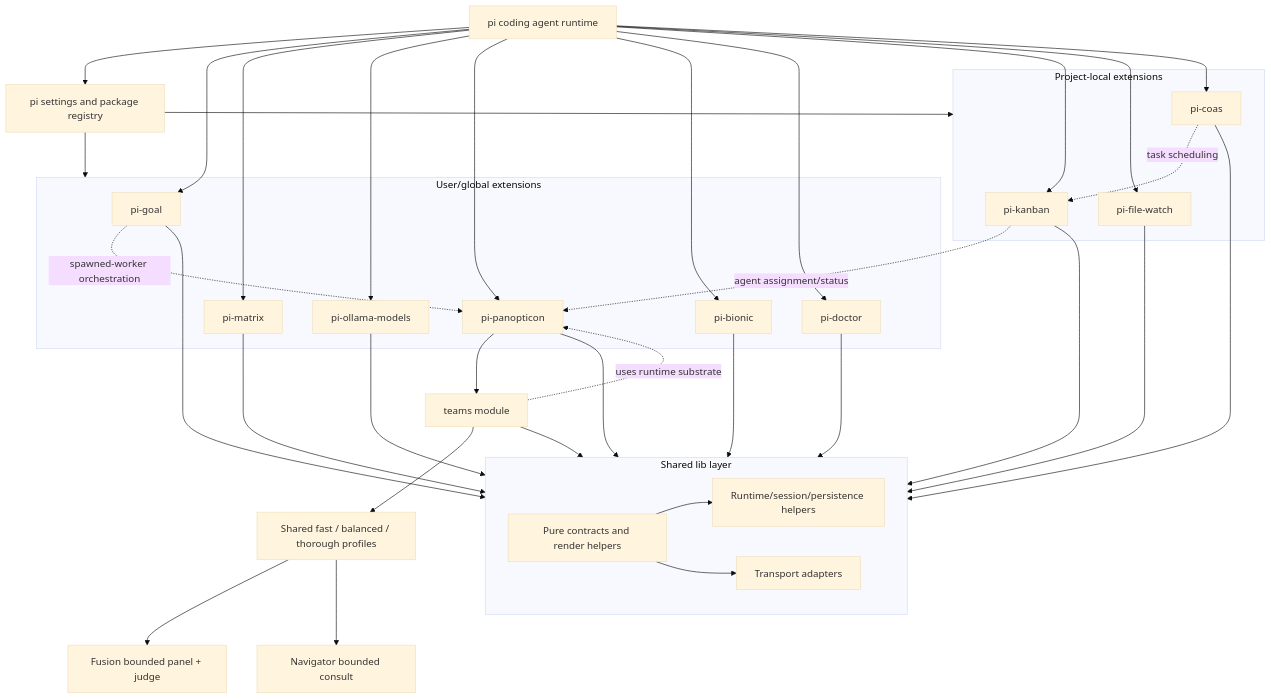
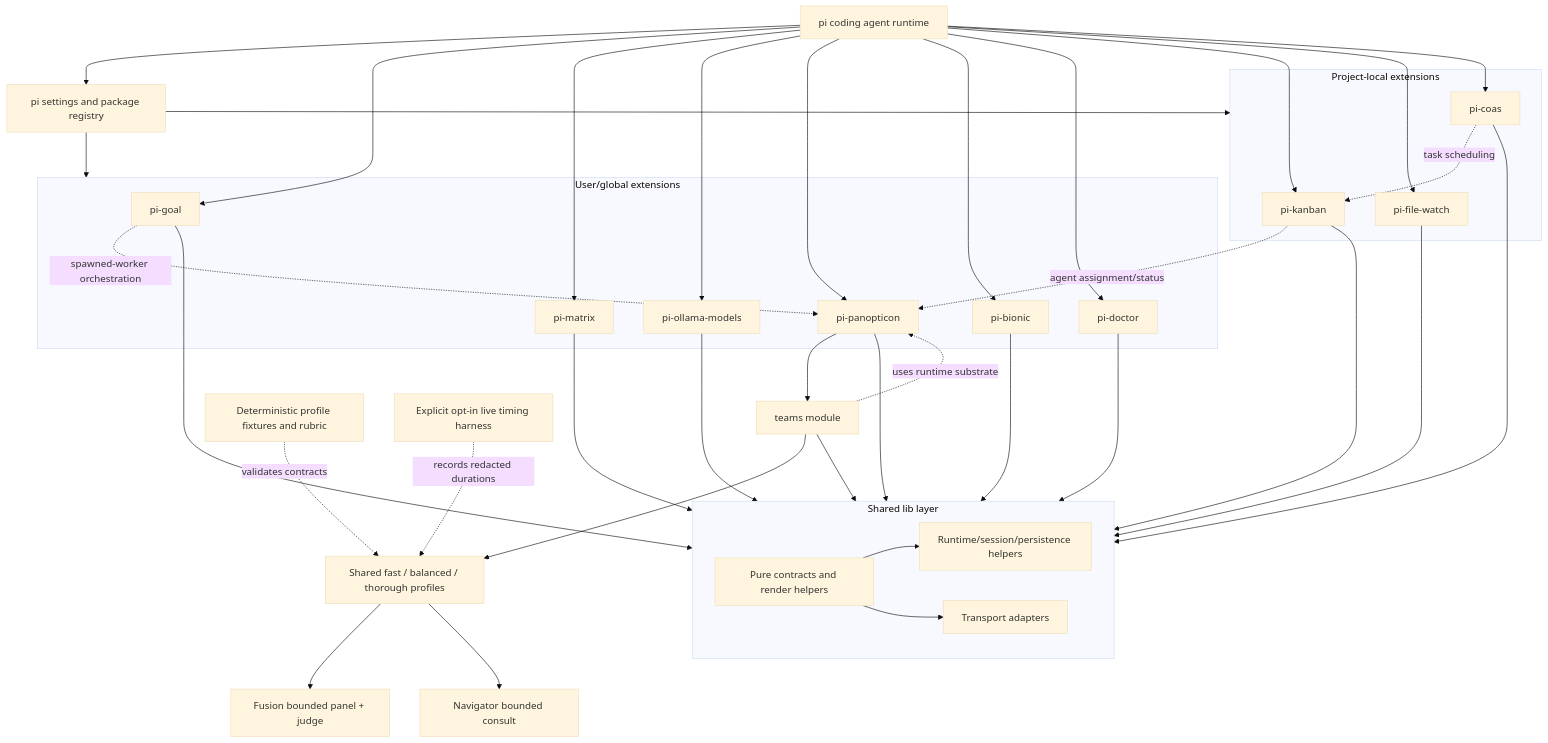
The first of 17 diagrams in docs/architecture.md (tS7hKamAYL84j91/pi-tools-and-skills), drawn with Mermaid (base theme) before and after one commit. The commit also changed other lines of this file and 7 other files, not shown here.

````diff
--- a/docs/architecture.md
+++ b/docs/architecture.md
@@ -57,59 +57,61 @@
 ```mermaid
 flowchart TD
   Pi[pi coding agent runtime] --> Settings[pi settings and package registry]
   Settings --> GlobalExt[User/global extensions]
   Settings --> ProjectExt[Project-local extensions]
 
   subgraph SharedLib[Shared lib layer]
     Core[Pure contracts and render helpers]
     Runtime[Runtime/session/persistence helpers]
     Transports[Transport adapters]
     Core --> Runtime
     Core --> Transports
   end
 
   subgraph GlobalExt[User/global extensions]
     Goal[pi-goal]
     Matrix[pi-matrix]
     OllamaModels[pi-ollama-models]
     Panopticon[pi-panopticon]
     Bionic[pi-bionic]
     Doctor[pi-doctor]
   end
 
   subgraph ProjectExt[Project-local extensions]
     Kanban[pi-kanban]
     FileWatch[pi-file-watch]
     COAS[pi-coas]
   end
 
   Pi --> Goal
   Pi --> Matrix
   Pi --> OllamaModels
   Pi --> Panopticon
   Panopticon --> TeamsModule[teams module]
   TeamsModule --> TeamProfiles[Shared fast / balanced / thorough profiles]
   TeamProfiles --> Fusion[Fusion bounded panel + judge]
   TeamProfiles --> Navigator[Navigator bounded consult]
+  ProfileFixtures[Deterministic profile fixtures and rubric] -. validates contracts .-> TeamProfiles
+  LiveHarness[Explicit opt-in live timing harness] -. records redacted durations .-> TeamProfiles
   Pi --> Bionic
   Pi --> Doctor
   Pi --> Kanban
   Pi --> FileWatch
   Pi --> COAS
 
   Goal --> SharedLib
   Matrix --> SharedLib
   OllamaModels --> SharedLib
   Panopticon --> SharedLib
   TeamsModule --> SharedLib
   Bionic --> SharedLib
   Doctor --> SharedLib
   Kanban --> SharedLib
   FileWatch --> SharedLib
   COAS --> SharedLib
 
   TeamsModule -. uses runtime substrate .-> Panopticon
   Kanban -. agent assignment/status .-> Panopticon
   Goal -. spawned-worker orchestration .-> Panopticon
   COAS -. task scheduling .-> Kanban
 ```
````
